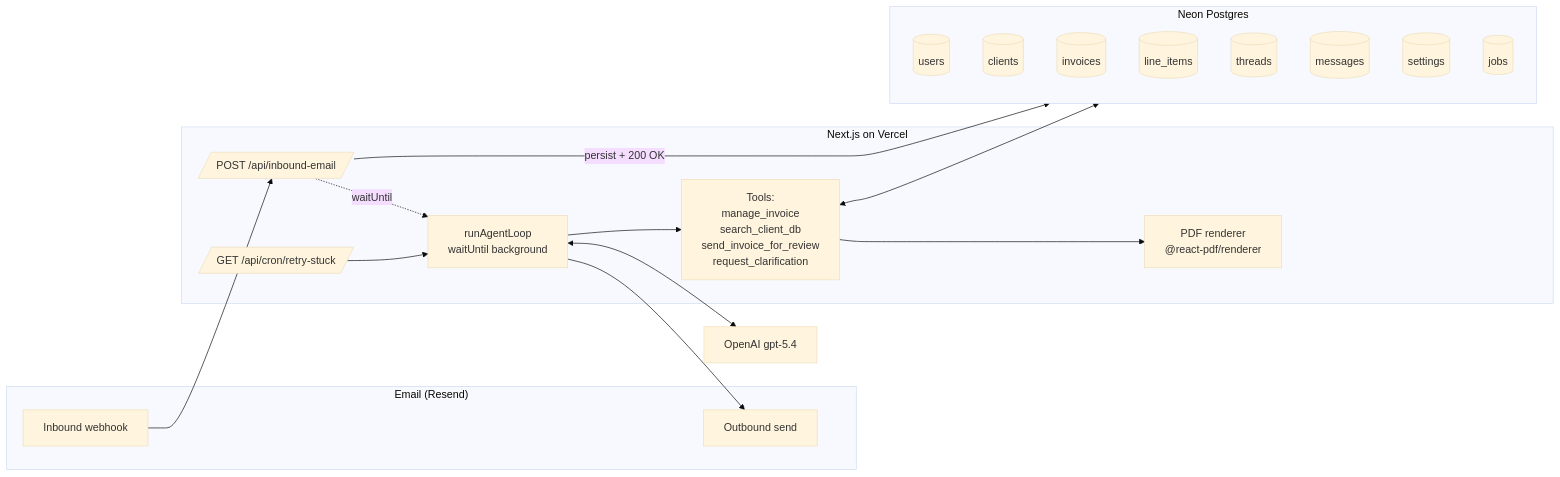
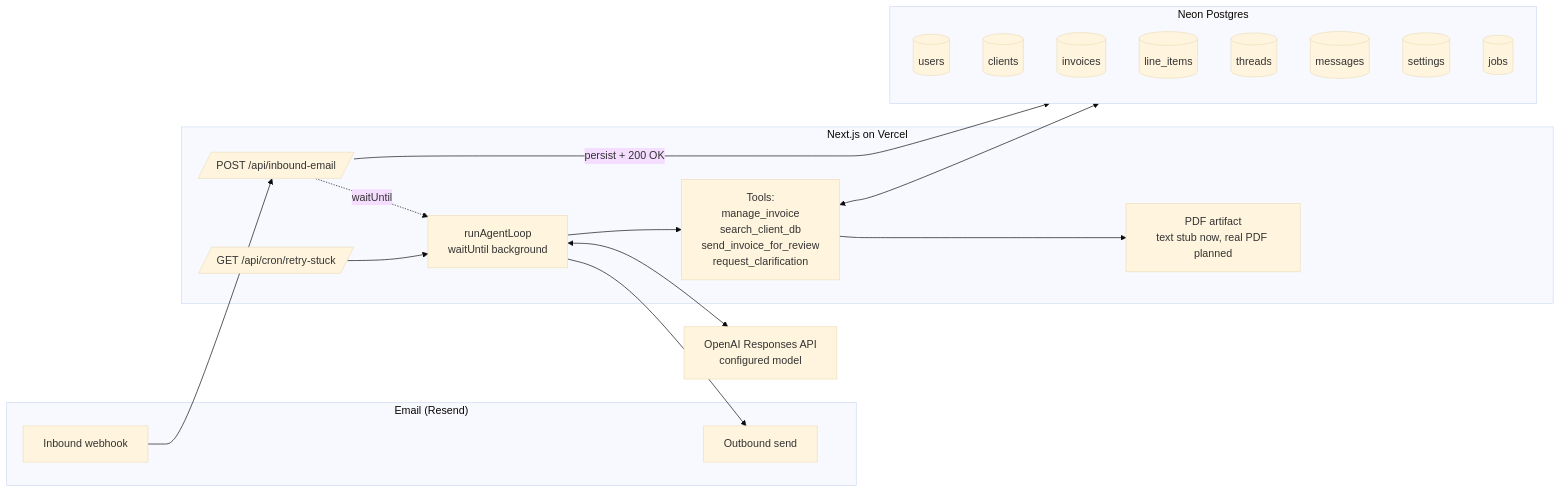
Before and after one commit to erikmalk/invoice-gen: the diagram in docs/plans/invoice-generator-core-app.md, drawn with Mermaid (base theme). The commit also changed other lines of this file and 1 other file, not shown here.

Commit message:
Document current invoice-gen architecture

````diff
--- a/docs/plans/invoice-generator-core-app.md
+++ b/docs/plans/invoice-generator-core-app.md
@@ -60,38 +73,38 @@
 ```mermaid
 flowchart LR
     subgraph Email["Email (Resend)"]
         IN[Inbound webhook]
         OUT[Outbound send]
     end
 
     subgraph Vercel["Next.js on Vercel"]
         API[/POST /api/inbound-email/]
         RUN[runAgentLoop<br/>waitUntil background]
         CRON[/GET /api/cron/retry-stuck/]
         TOOLS[Tools:<br/>manage_invoice<br/>search_client_db<br/>send_invoice_for_review<br/>request_clarification]
-        PDF[PDF renderer<br/>@react-pdf/renderer]
+        PDF[PDF artifact<br/>text stub now, real PDF planned]
     end
 
     subgraph Postgres["Neon Postgres"]
         T_users[(users)]
         T_clients[(clients)]
         T_invoices[(invoices)]
         T_items[(line_items)]
         T_threads[(threads)]
         T_messages[(messages)]
         T_settings[(settings)]
         T_jobs[(jobs)]
     end
 
-    LLM[OpenAI gpt-5.4]
+    LLM[OpenAI Responses API<br/>configured model]
 
     IN --> API
     API -->|persist + 200 OK| Postgres
     API -.waitUntil.-> RUN
     RUN <--> LLM
     RUN --> TOOLS
     TOOLS --> PDF
     TOOLS <--> Postgres
     RUN --> OUT
     CRON --> RUN
 ```
````
